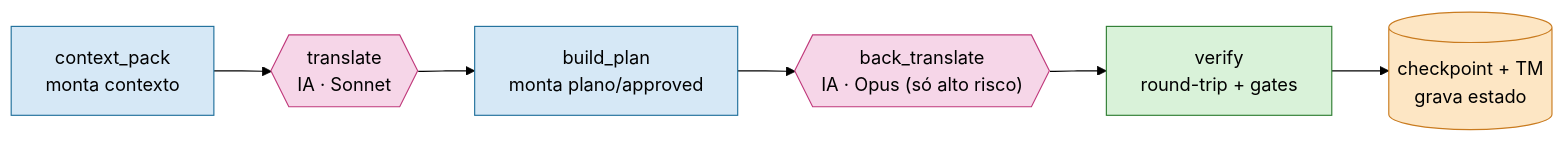
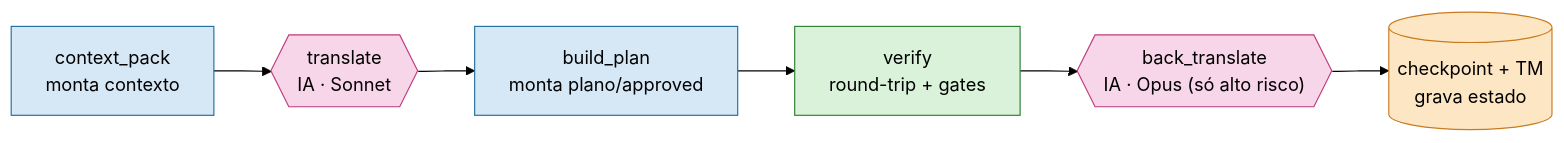
The second of 5 diagrams in README.md (scudellerlemos/translation-cognition-framework), drawn with Mermaid (forest theme) before and after one commit. The commit also changed other lines of this file and 25 other files, not shown here.

````diff
--- a/README.md
+++ b/README.md
@@ -95,12 +95,12 @@
 ```mermaid
 flowchart LR
   pack["context_pack<br/>monta contexto"]:::exe --> tr{{"translate<br/>IA · Sonnet"}}:::cog
   tr --> plan["build_plan<br/>monta plano/approved"]:::exe
-  plan --> bt{{"back_translate<br/>IA · Opus (só alto risco)"}}:::cog
-  bt --> vf["verify<br/>round-trip + gates"]:::val
-  vf --> cp[("checkpoint + TM<br/>grava estado")]:::sta
+  plan --> vf["verify<br/>round-trip + gates"]:::val
+  vf --> bt{{"back_translate<br/>IA · Opus (só alto risco)"}}:::cog
+  bt --> cp[("checkpoint + TM<br/>grava estado")]:::sta
   classDef cog fill:#f6d6e8,stroke:#c0397b,color:#000;
   classDef sta fill:#fde6c4,stroke:#c97b1f,color:#000;
   classDef exe fill:#d6e8f6,stroke:#1f6f9b,color:#000;
   classDef val fill:#d9f2d9,stroke:#2e7d32,color:#000;
 ```
````
